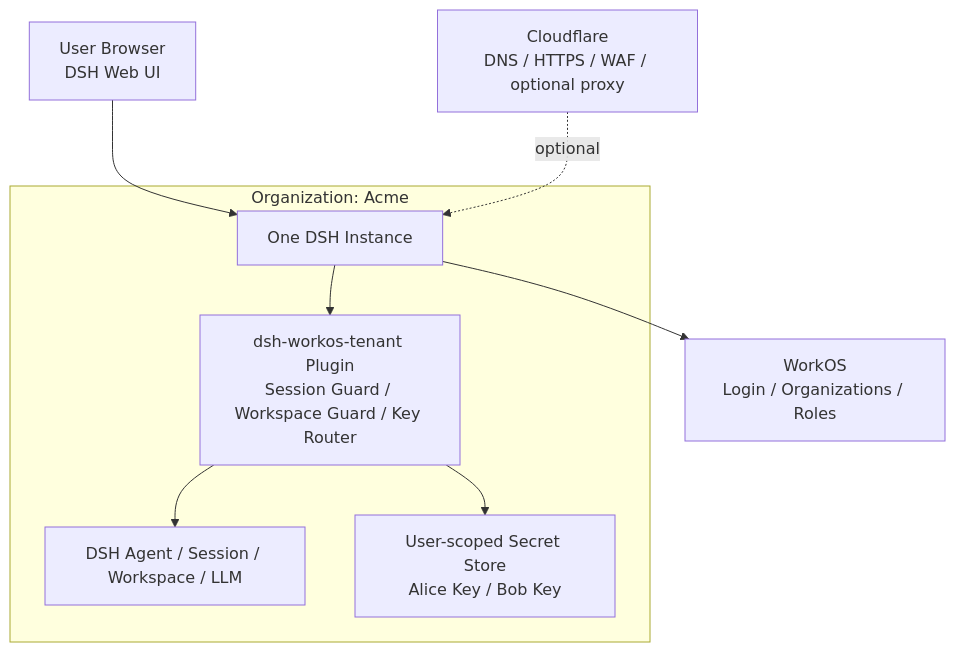
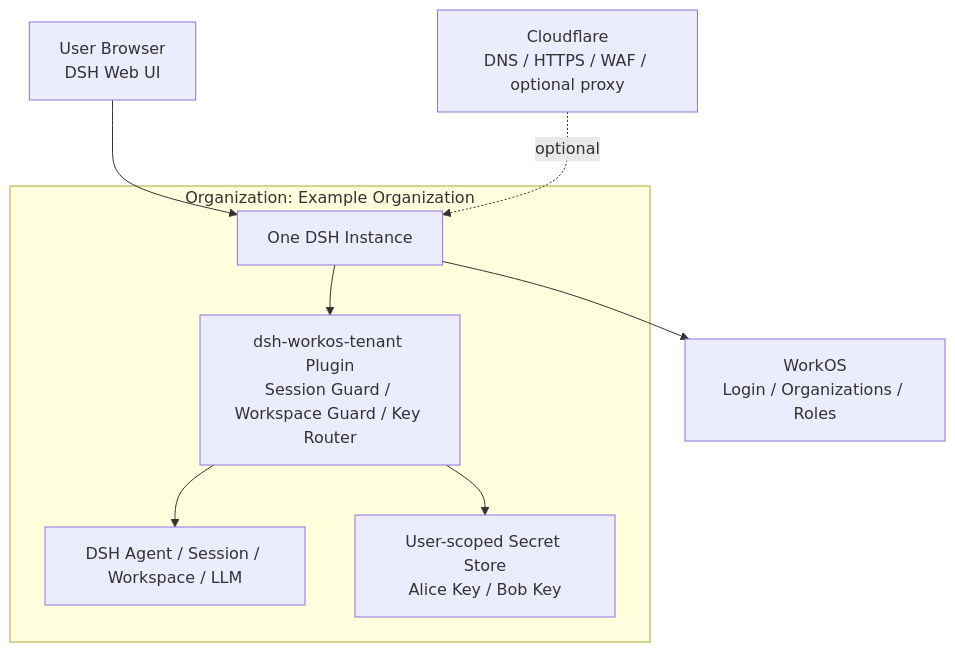
The first of 2 diagrams in README.md (gepeiyu/dsh-workos-tenant), drawn with Mermaid before and after one commit. The commit also changed other lines of this file and 1 other file, not shown here.

Commit message:
Clarify example organization in documentation

````diff
--- a/README.md
+++ b/README.md
@@ -32,20 +32,20 @@
 ```mermaid
 flowchart TB
   browser[User Browser<br/>DSH Web UI]
   workos[WorkOS<br/>Login / Organizations / Roles]
   cloudflare[Cloudflare<br/>DNS / HTTPS / WAF / optional proxy]
 
-  subgraph orgA[Organization: Acme]
+  subgraph orgA[Organization: Example Organization]
     dshA[One DSH Instance]
     plugin[dsh-workos-tenant Plugin<br/>Session Guard / Workspace Guard / Key Router]
     dshCore[DSH Agent / Session / Workspace / LLM]
     secrets[User-scoped Secret Store<br/>Alice Key / Bob Key]
     dshA --> plugin
     plugin --> dshCore
     plugin --> secrets
   end
 
   browser --> dshA
   dshA --> workos
   cloudflare -. optional .-> dshA
 ```
````
